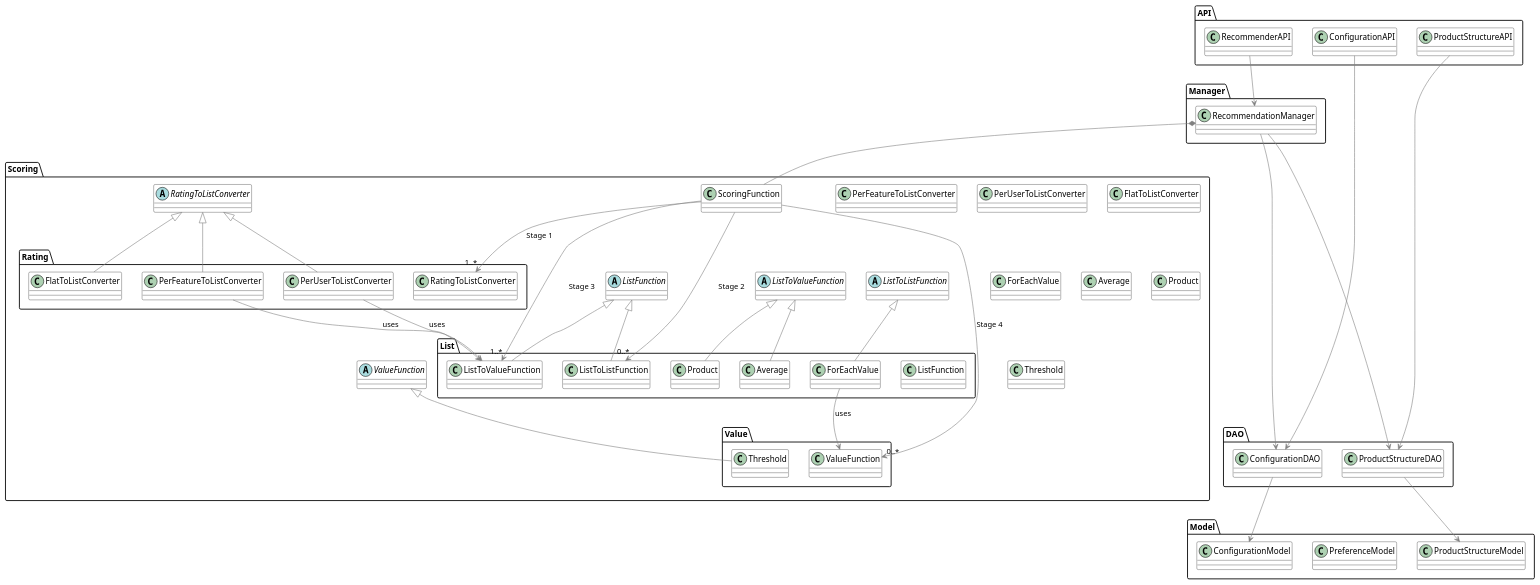
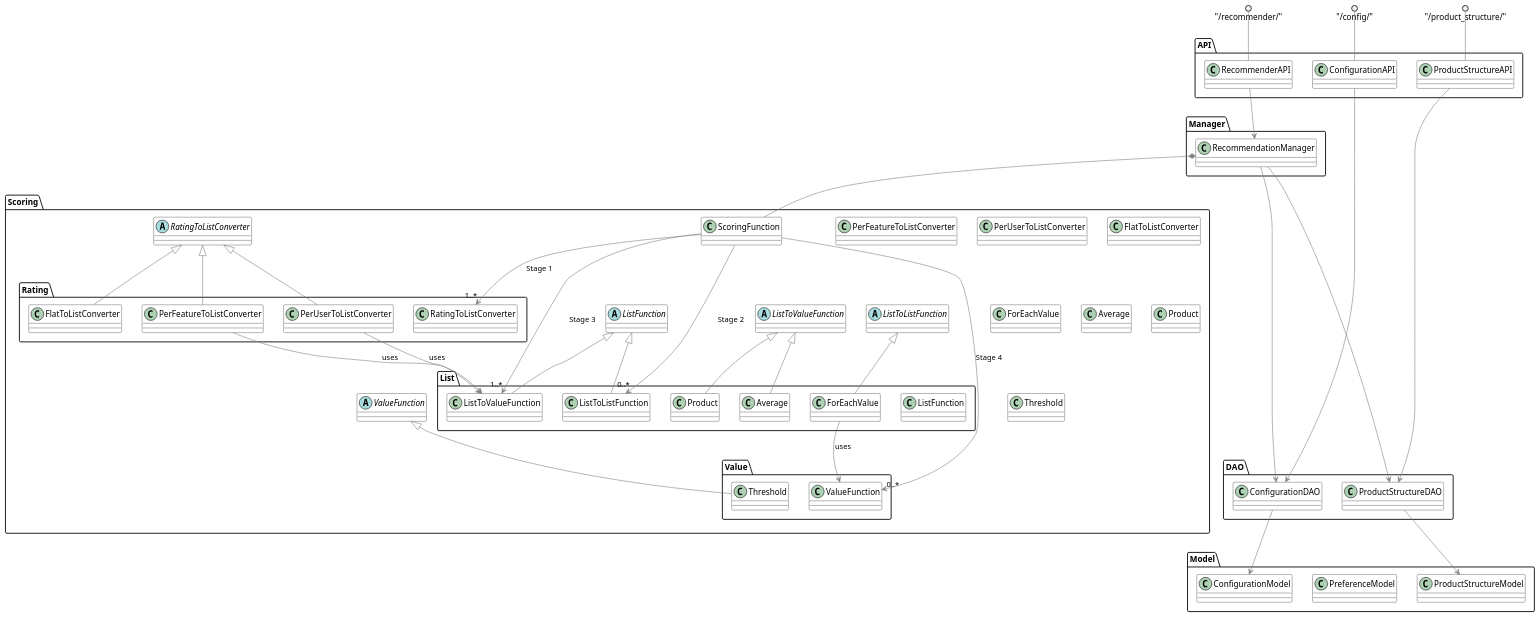
Before and after one commit to 13hannes11/bachelor_thesis: the diagram in Additional_Notes/class_diagram.plantuml, drawn with PlantUML.

Commit message:
add exposed API points

```diff
--- a/Additional_Notes/class_diagram.plantuml
+++ b/Additional_Notes/class_diagram.plantuml
@@ -1,141 +1,144 @@
 @startuml
 
 skinparam class {
 	BackgroundColor White
 	ArrowColor Grey
 	BorderColor Black
 }
 skinparam shadowing false
 
 package API {
     class ConfigurationAPI
     class RecommenderAPI
     class ProductStructureAPI
 }
+"/config/" ()-- ConfigurationAPI
+"/recommender/" ()-- RecommenderAPI
+"/product_structure/" ()-- ProductStructureAPI
 
 package Manager {
     class RecommendationManager
 }
 
 package Model{
     class ConfigurationModel
     class PreferenceModel
     class ProductStructureModel
 }
 
 package DAO {
     class ConfigurationDAO
     class ProductStructureDAO
 }
 
 package Scoring {  
     
     
 
     package List {
         class ListFunction
         class ListToListFunction
         class ListToValueFunction
         class Average
         class Product
         class ForEachValue
     }
 
     package Value {
         class ValueFunction
         class Threshold
     }
 
     package Rating {
         class RatingToListConverter
         class FlatToListConverter
         class PerUserToListConverter
         class PerFeatureToListConverter
     }
 
 
     ScoringFunction --> "1..*" RatingToListConverter : Stage 1
     ScoringFunction --> "0..*" ListToListFunction : Stage 2
     ScoringFunction --> "1..*" ListToValueFunction : Stage 3
     ScoringFunction --> "0..*" ValueFunction : Stage 4
 
     class ScoringFunction{
 
     }
 
     abstract class RatingToListConverter {
 
     }
 
     RatingToListConverter <|-- PerFeatureToListConverter
     PerFeatureToListConverter --> ListToValueFunction :uses
     class PerFeatureToListConverter {
 
     }
     RatingToListConverter <|-- PerUserToListConverter
     PerUserToListConverter --> ListToValueFunction :uses
     class PerUserToListConverter {
 
     }
     RatingToListConverter <|-- FlatToListConverter
     class FlatToListConverter {
 
     }
  
     abstract class ListFunction {
 
     }
 
     ListFunction <|-- ListToListFunction
     abstract class ListToListFunction {
 
     }
 
     ListToListFunction <|-- ForEachValue
     ForEachValue --> ValueFunction:uses
     class ForEachValue {
 
     }
 
 
     ListFunction <|-- ListToValueFunction
     abstract class ListToValueFunction {
         
     }
 
     ListToValueFunction <|-- Average
     class Average {
         
     }
     ListToValueFunction <|-- Product
     class Product {
 
     }
 
     abstract class ValueFunction{
 
     }
 
     ValueFunction <|-- Threshold
     class Threshold {
         
     }
 }
 
 RecommendationManager *-- ScoringFunction
 
 ConfigurationAPI --> ConfigurationDAO
 ProductStructureAPI --> ProductStructureDAO
 RecommenderAPI --> RecommendationManager
 
 RecommendationManager --> ProductStructureDAO
 RecommendationManager --> ConfigurationDAO
 ScoringFunction --[hidden]--> ConfigurationDAO
 
 
 
 ConfigurationDAO --> ConfigurationModel
 ProductStructureDAO --> ProductStructureModel
 
 
 @enduml
```
